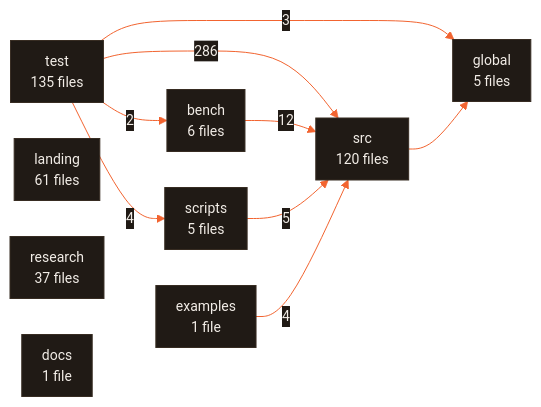
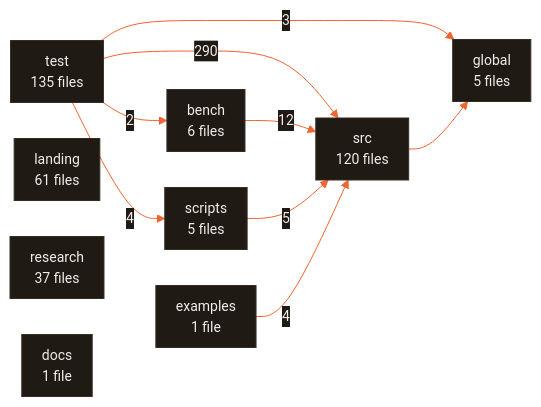
The diagram in ARCHITECTURE.md (CodeWithJuber/forgekit), drawn with Mermaid before and after one commit. The commit also changed other lines of this file and 44 other files, not shown here.

````diff
--- a/ARCHITECTURE.md
+++ b/ARCHITECTURE.md
@@ -637,21 +637,21 @@
 ```mermaid
 %%{init: {'theme':'base','themeVariables':{'primaryColor':'#201a15','primaryTextColor':'#f2ede7','primaryBorderColor':'#372c22','lineColor':'#f26430','secondaryColor':'#272019','tertiaryColor':'#171310','edgeLabelBackground':'#201a15','clusterBkg':'#171310','clusterBorder':'#4a3b2e','fontFamily':'ui-sans-serif, system-ui, sans-serif','fontSize':'14px'},'flowchart':{'curve':'basis','padding':10,'nodeSpacing':36,'rankSpacing':44}}}%%
 flowchart LR
   test["test<br/>135 files"]
   src["src<br/>120 files"]
   landing["landing<br/>61 files"]
   research["research<br/>37 files"]
   bench["bench<br/>6 files"]
   global["global<br/>5 files"]
   scripts["scripts<br/>5 files"]
   docs["docs<br/>1 file"]
   examples["examples<br/>1 file"]
-  test -- 286 --> src
+  test -- 290 --> src
   bench -- 12 --> src
   scripts -- 5 --> src
   examples -- 4 --> src
   test -- 4 --> scripts
   test -- 3 --> global
   test -- 2 --> bench
   src --> global
 ```
````
